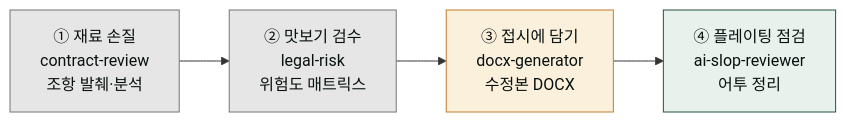
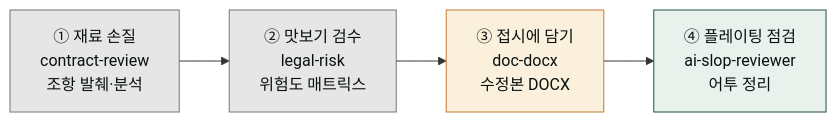
One commit to modu-ai/cowork-plugins changed the fourth of 6 diagrams in www/content/cookbook/contract-review.md. Above: the diagram before and after it, drawn with Mermaid. The commit also changed other lines of this file and 45 other files, not shown here.

First line of the commit message:
docs(www): 스킬명 정합 + 깨진 링크 수정 + mermaid 보강

````diff
--- a/www/content/cookbook/contract-review.md
+++ b/www/content/cookbook/contract-review.md
@@ -117,14 +117,14 @@
 ```mermaid
 flowchart LR
    S1["① 재료 손질<br/>contract-review<br/>조항 발췌·분석"]
    S2["② 맛보기 검수<br/>legal-risk<br/>위험도 매트릭스"]
-   S3["③ 접시에 담기<br/>docx-generator<br/>수정본 DOCX"]
+   S3["③ 접시에 담기<br/>doc-docx<br/>수정본 DOCX"]
    S4["④ 플레이팅 점검<br/>ai-slop-reviewer<br/>어투 정리"]
 
    S1 --> S2 --> S3 --> S4
 
    style S1 fill:#e6e6e6,stroke:#757575,color:#09110f
    style S2 fill:#e6e6e6,stroke:#757575,color:#09110f
    style S3 fill:#fbf0dc,stroke:#c47b2a,color:#09110f
    style S4 fill:#e8f1ec,stroke:#265240,color:#09110f
 ```
````
